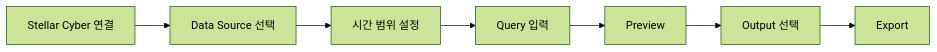
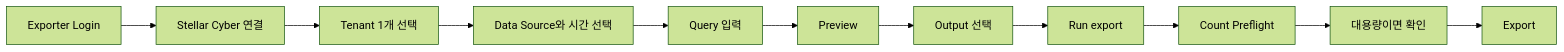
Before and after one commit to xdr-labs/xdr-labs-portal: the diagram in ko/products/stellar-data-exporter.mdx, drawn with Mermaid (forest theme). The commit also changed other lines of this file and 3 other files, not shown here.

First line of the commit message:
docs: align Stellar Data Exporter guide with tenant-scoped workflow

````diff
--- a/ko/products/stellar-data-exporter.mdx
+++ b/ko/products/stellar-data-exporter.mdx
@@ -30,9 +33,13 @@
 ```mermaid
 flowchart LR
-  A[Stellar Cyber 연결] --> B[Data Source 선택]
-  B --> C[시간 범위 설정]
-  C --> D[Query 입력]
-  D --> E[Preview]
-  E --> F[Output 선택]
-  F --> G[Export]
+  A[Exporter Login] --> B[Stellar Cyber 연결]
+  B --> C[Tenant 1개 선택]
+  C --> D[Data Source와 시간 선택]
+  D --> E[Query 입력]
+  E --> F[Preview]
+  F --> G[Output 선택]
+  G --> H[Run export]
+  H --> I[Count Preflight]
+  I --> J[대용량이면 확인]
+  J --> K[Export]
 ```
````
